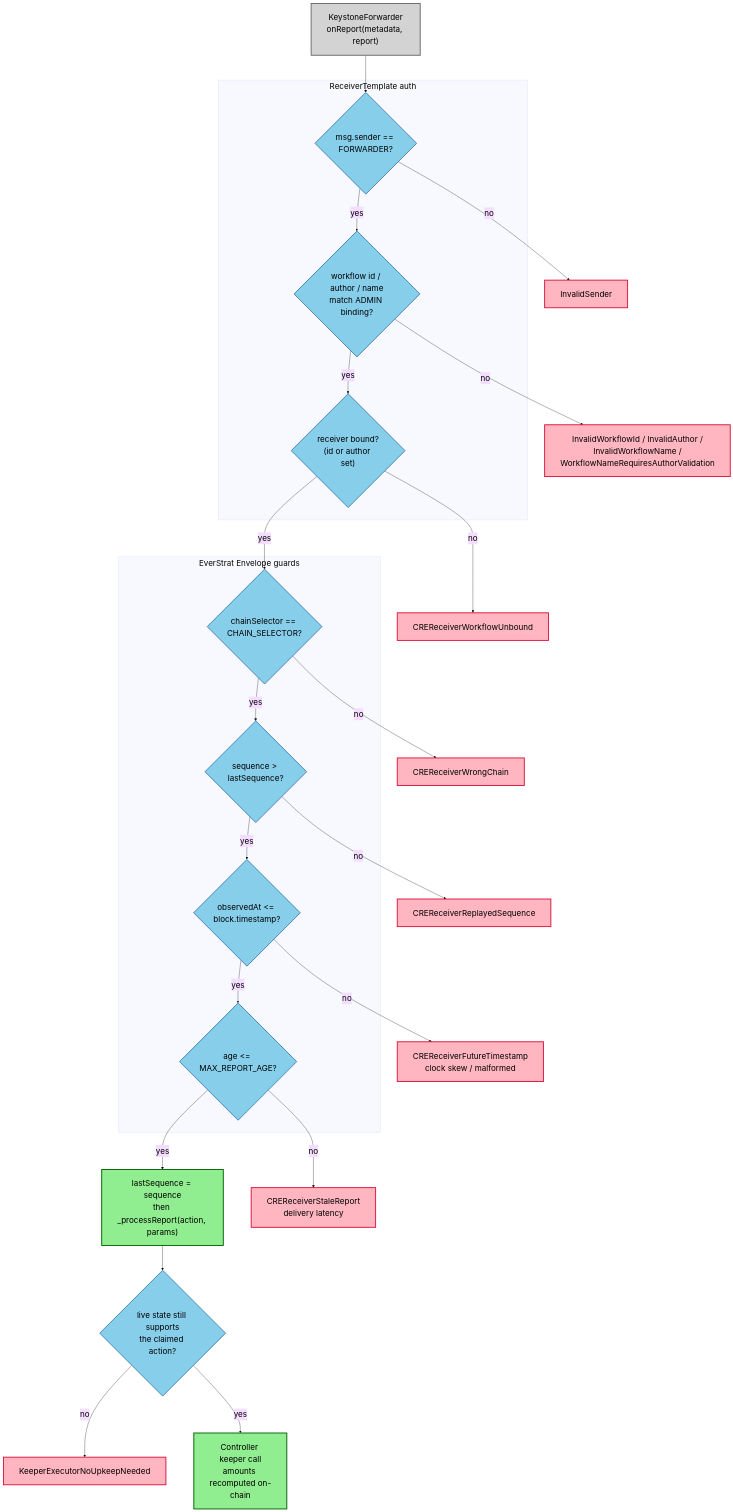
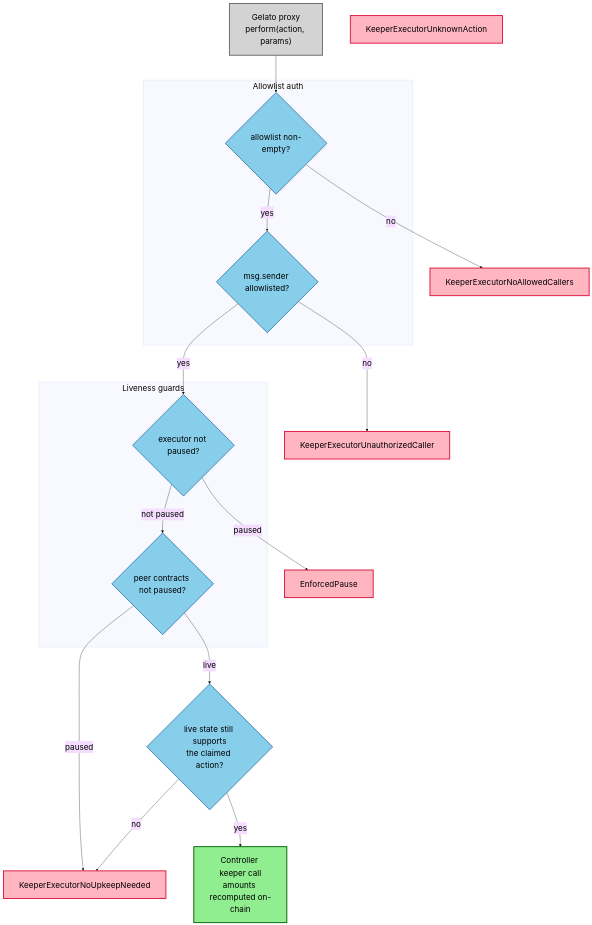
One commit to everstrat-xyz/contracts changed the third of 7 diagrams in mermaid/mermaid-smart-contracts.md. Above: the diagram before and after it, drawn with Mermaid. The commit also changed other lines of this file and 36 other files, not shown here.

First line of the commit message:
Migrate keeper executors from Chainlink CRE to Gelato

````diff
--- a/mermaid/mermaid-smart-contracts.md
+++ b/mermaid/mermaid-smart-contracts.md
@@ -492,60 +489,46 @@
 ```mermaid
 %%{init: {'theme':'base', 'themeVariables': { 'fontSize': '26px', 'primaryTextColor': '#000000'}, 'flowchart': {'nodeSpacing': 90, 'rankSpacing': 80, 'padding': 25}}}%%
 graph TB
-    Report["KeystoneForwarder<br/>onReport(metadata, report)"]
+    Exec["Gelato proxy<br/>perform(action, params)"]
 
-    subgraph Template["ReceiverTemplate auth"]
-        G1{"msg.sender == FORWARDER?"}
-        G2{"workflow id / author / name<br/>match ADMIN binding?"}
-        G3{"receiver bound?<br/>(id or author set)"}
+    subgraph Template["Allowlist auth"]
+        G1{"allowlist non-empty?"}
+        G2{"msg.sender allowlisted?"}
     end
 
-    subgraph EnvelopeGuards["EverStrat Envelope guards"]
-        G4{"chainSelector == CHAIN_SELECTOR?"}
-        G5{"sequence > lastSequence?"}
-        G6{"observedAt <= block.timestamp?"}
-        G7{"age <= MAX_REPORT_AGE?"}
+    subgraph StateGuards["Liveness guards"]
+        G3{"executor not paused?"}
+        G4{"peer contracts not paused?"}
     end
 
-    Commit["lastSequence = sequence<br/>then _processReport(action, params)"]
     Revalidate{"live state still supports<br/>the claimed action?"}
     Execute["Controller keeper call<br/>amounts recomputed on-chain"]
 
-    E1["InvalidSender"]
-    E2["InvalidWorkflowId / InvalidAuthor /<br/>InvalidWorkflowName /<br/>WorkflowNameRequiresAuthorValidation"]
-    E3["CREReceiverWorkflowUnbound"]
-    E4["CREReceiverWrongChain"]
-    E5["CREReceiverReplayedSequence"]
-    E6["CREReceiverFutureTimestamp<br/>clock skew / malformed"]
-    E7["CREReceiverStaleReport<br/>delivery latency"]
-    E8["KeeperExecutorNoUpkeepNeeded"]
+    E1["KeeperExecutorNoAllowedCallers"]
+    E2["KeeperExecutorUnauthorizedCaller"]
+    E3["EnforcedPause"]
+    E4["KeeperExecutorNoUpkeepNeeded"]
+    E5["KeeperExecutorUnknownAction"]
 
-    Report --> G1
+    Exec --> G1
     G1 -->|no| E1
     G1 -->|yes| G2
     G2 -->|no| E2
     G2 -->|yes| G3
-    G3 -->|no| E3
-    G3 -->|yes| G4
-    G4 -->|no| E4
-    G4 -->|yes| G5
-    G5 -->|no| E5
-    G5 -->|yes| G6
-    G6 -->|no| E6
-    G6 -->|yes| G7
-    G7 -->|no| E7
-    G7 -->|yes| Commit
-    Commit --> Revalidate
-    Revalidate -->|no| E8
+    G3 -->|paused| E3
+    G3 -->|not paused| G4
+    G4 -->|paused| E4
+    G4 -->|live| Revalidate
+    Revalidate -->|no| E4
     Revalidate -->|yes| Execute
 
     classDef entry fill:#D3D3D3,stroke:#696969,stroke-width:3px
     classDef guard fill:#87CEEB,stroke:#4682B4,stroke-width:3px
     classDef err fill:#FFB6C1,stroke:#DC143C,stroke-width:3px
     classDef ok fill:#90EE90,stroke:#006400,stroke-width:3px
 
-    class Report entry
-    class G1,G2,G3,G4,G5,G6,G7,Revalidate guard
-    class E1,E2,E3,E4,E5,E6,E7,E8 err
-    class Commit,Execute ok
+    class Exec entry
+    class G1,G2,G3,G4,Revalidate guard
+    class E1,E2,E3,E4,E5 err
+    class Execute ok
 ```
````
